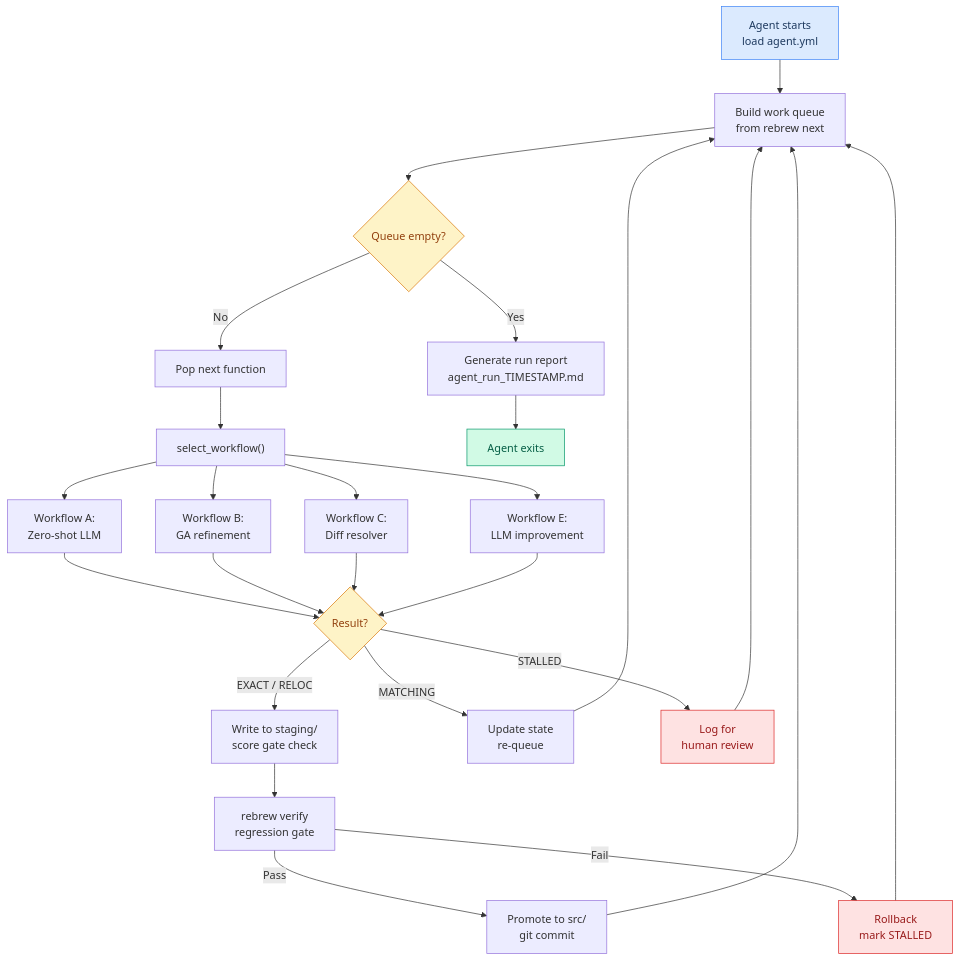
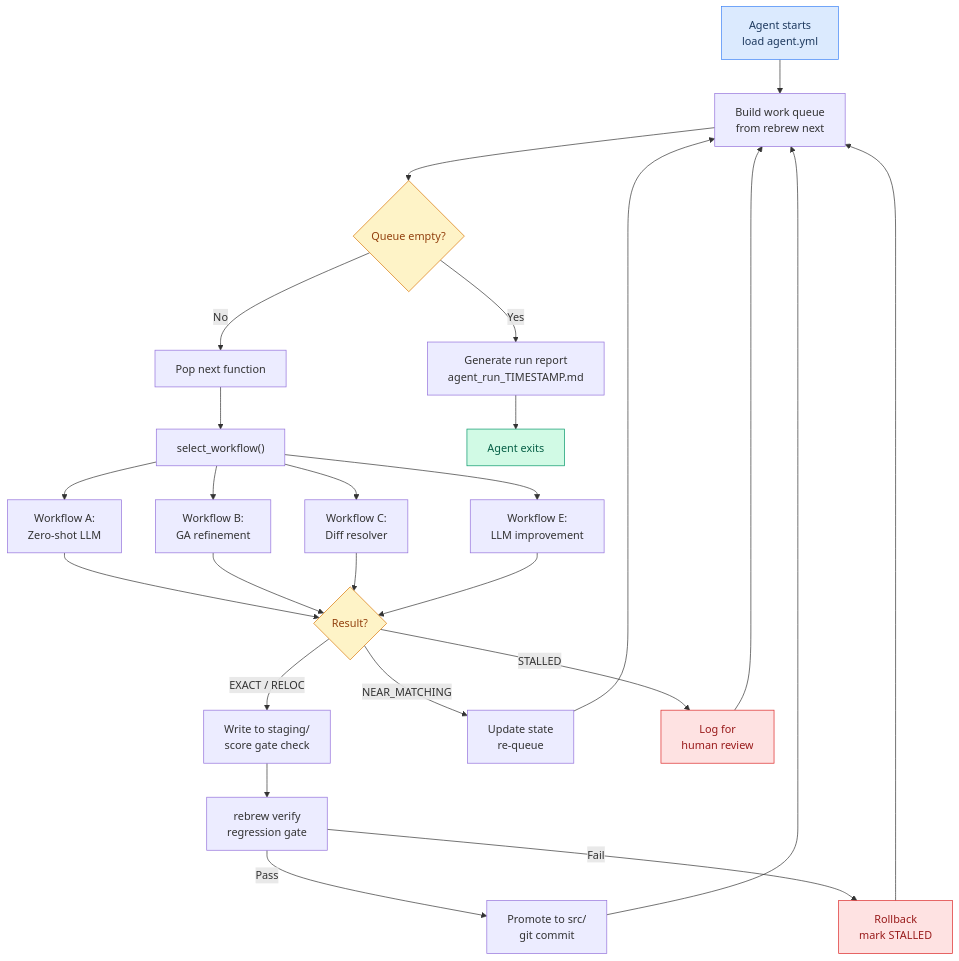
Before and after one commit to maci0/rebrew: the seventh of 16 diagrams in docs/USER_STORIES.md, drawn with Mermaid. The commit also changed other lines of this file and 81 other files, not shown here.

````diff
--- a/docs/USER_STORIES.md
+++ b/docs/USER_STORIES.md
@@ -220,39 +220,39 @@
 ```mermaid
 graph TD
     Start["Agent starts<br/>load agent.yml"] --> Queue["Build work queue<br/>from rebrew next"]
     Queue --> Empty{"Queue empty?"}
     Empty -->|Yes| Report["Generate run report<br/>agent_run_TIMESTAMP.md"]
     Empty -->|No| Pop["Pop next function"]
     Pop --> Select["select_workflow()"]
 
     Select --> WA["Workflow A:<br/>Zero-shot LLM"]
     Select --> WB["Workflow B:<br/>GA refinement"]
     Select --> WC["Workflow C:<br/>Diff resolver"]
     Select --> WE["Workflow E:<br/>LLM improvement"]
 
     WA --> Result{"Result?"}
     WB --> Result
     WC --> Result
     WE --> Result
 
     Result -->|"EXACT / RELOC"| Stage["Write to staging/<br/>score gate check"]
-    Result -->|MATCHING| Requeue["Update state<br/>re-queue"]
+    Result -->|NEAR_MATCHING| Requeue["Update state<br/>re-queue"]
     Result -->|STALLED| Log["Log for<br/>human review"]
 
     Stage --> Regression["rebrew verify<br/>regression gate"]
     Regression -->|Pass| Commit["Promote to src/<br/>git commit"]
     Regression -->|Fail| Rollback["Rollback<br/>mark STALLED"]
 
     Commit --> Queue
     Rollback --> Queue
     Requeue --> Queue
     Log --> Queue
     Report --> Done["Agent exits"]
 
     style Start fill:#dbeafe,stroke:#3b82f6,color:#1e3a5f
     style Done fill:#d1fae5,stroke:#059669,color:#065f46
     style Log fill:#fee2e2,stroke:#dc2626,color:#991b1b
     style Rollback fill:#fee2e2,stroke:#dc2626,color:#991b1b
     style Empty fill:#fef3c7,stroke:#d97706,color:#92400e
     style Result fill:#fef3c7,stroke:#d97706,color:#92400e
 ```
````
